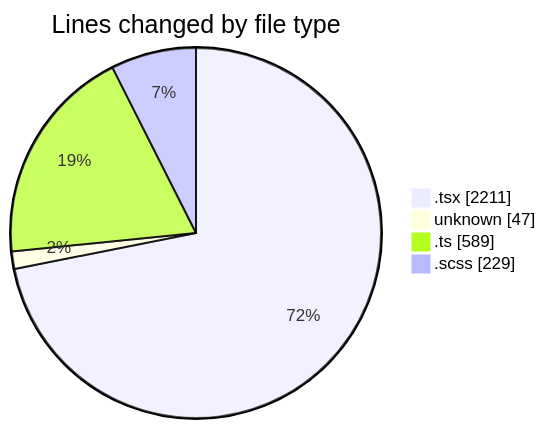
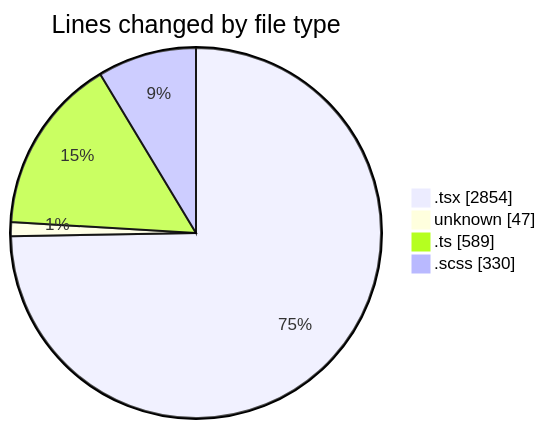
Before and after one commit to momahboobian/code-tracking: the first of 2 diagrams in 2025-09-18/cda/README.md, drawn with Mermaid. The commit also changed other lines of this file and 1 other file, not shown here.

````diff
--- a/2025-09-18/cda/README.md
+++ b/2025-09-18/cda/README.md
@@ -26,8 +28,8 @@
 ```mermaid
 pie showData
 title Lines changed by file type
-".tsx" : 2211
+".tsx" : 2854
 "unknown" : 47
 ".ts" : 589
-".scss" : 229
+".scss" : 330
 ```
````
